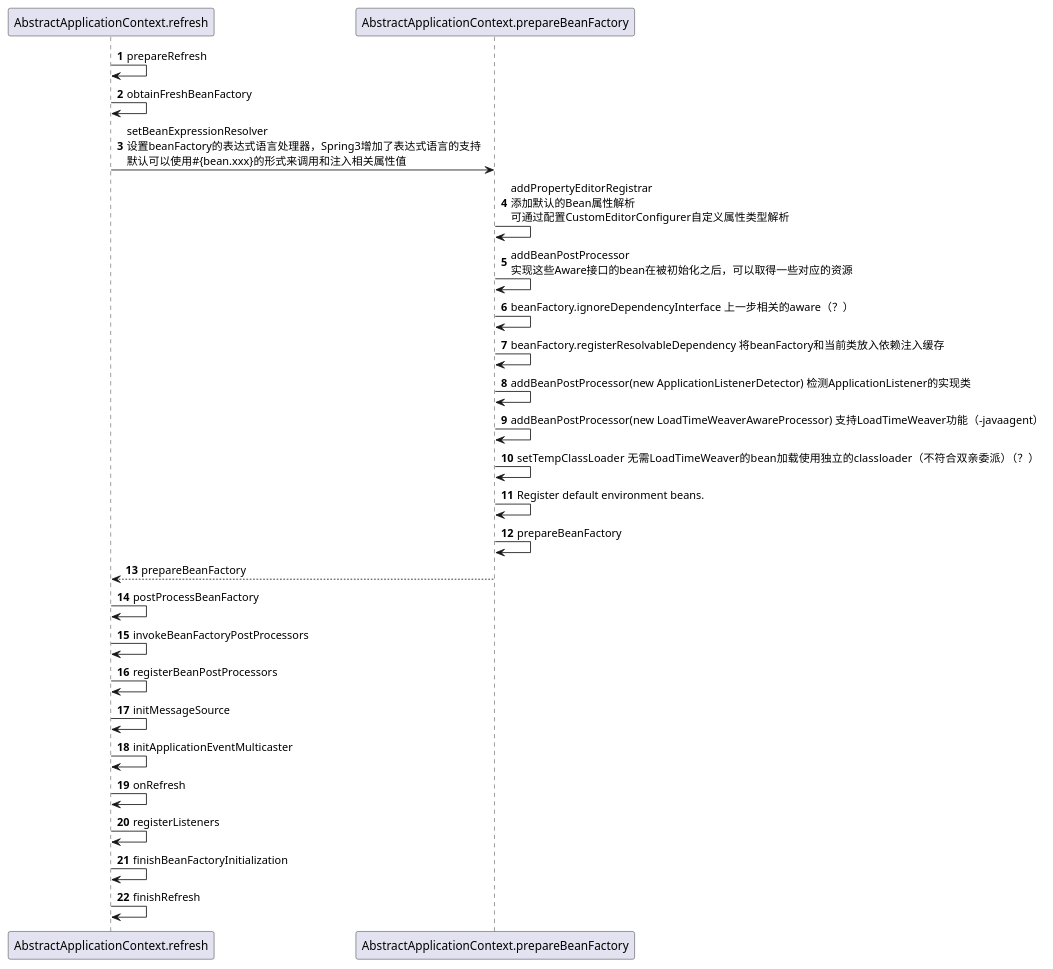
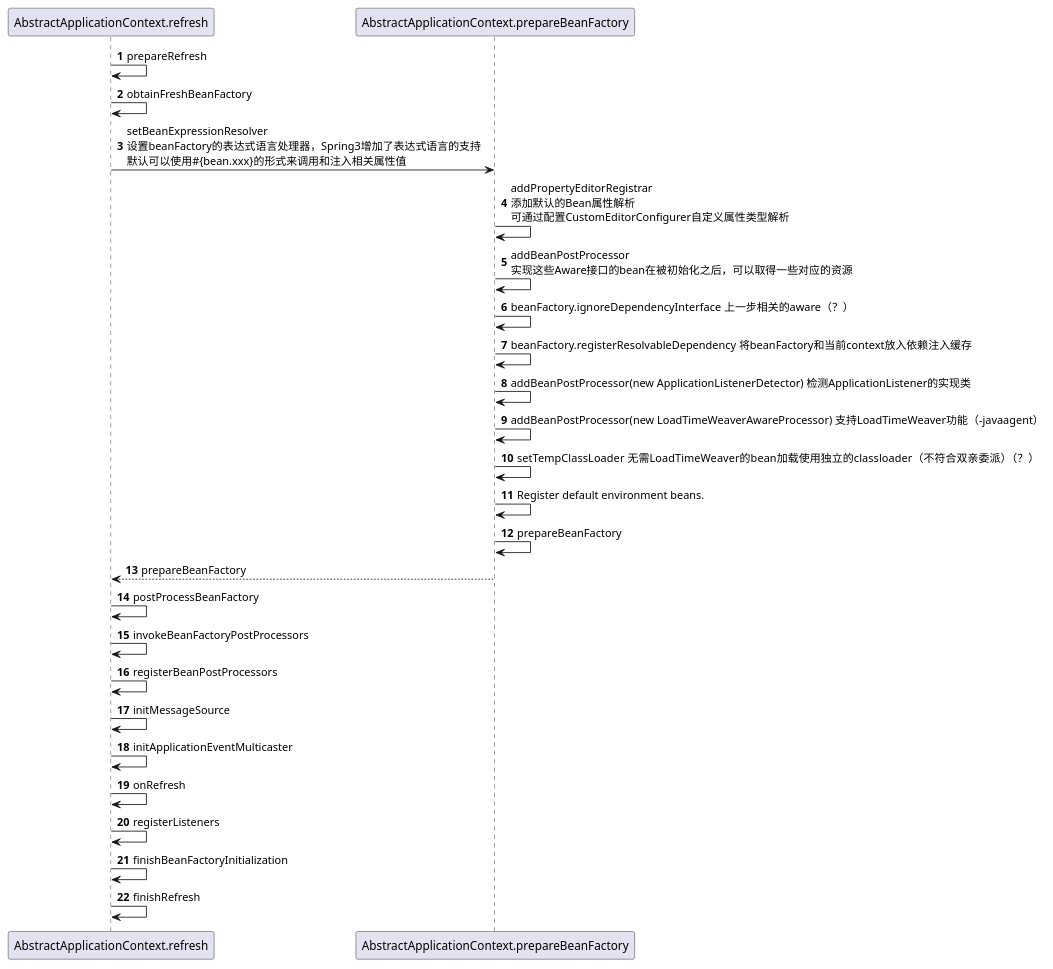
Before and after one commit to walklown/daily-code: the diagram in design/spring/Starter 3-2 Prepare BeanFactory.puml, drawn with PlantUML. The commit also changed 10 other files, not shown here.

```diff
--- a/design/spring/Starter 3-2 Prepare BeanFactory.puml
+++ b/design/spring/Starter 3-2 Prepare BeanFactory.puml
@@ -1,29 +1,29 @@
 @startuml
 'https://plantuml.com/sequence-diagram
 
 autonumber
 
 AbstractApplicationContext.refresh -> AbstractApplicationContext.refresh : prepareRefresh
 AbstractApplicationContext.refresh -> AbstractApplicationContext.refresh : obtainFreshBeanFactory
 AbstractApplicationContext.refresh -> AbstractApplicationContext.prepareBeanFactory : setBeanExpressionResolver\n设置beanFactory的表达式语言处理器，Spring3增加了表达式语言的支持\n默认可以使用#{bean.xxx}的形式来调用和注入相关属性值
 AbstractApplicationContext.prepareBeanFactory -> AbstractApplicationContext.prepareBeanFactory : addPropertyEditorRegistrar\n添加默认的Bean属性解析\n可通过配置CustomEditorConfigurer自定义属性类型解析
 AbstractApplicationContext.prepareBeanFactory -> AbstractApplicationContext.prepareBeanFactory : addBeanPostProcessor\n实现这些Aware接口的bean在被初始化之后，可以取得一些对应的资源
 AbstractApplicationContext.prepareBeanFactory -> AbstractApplicationContext.prepareBeanFactory : beanFactory.ignoreDependencyInterface 上一步相关的aware（？）
-AbstractApplicationContext.prepareBeanFactory -> AbstractApplicationContext.prepareBeanFactory : beanFactory.registerResolvableDependency 将beanFactory和当前类放入依赖注入缓存
+AbstractApplicationContext.prepareBeanFactory -> AbstractApplicationContext.prepareBeanFactory : beanFactory.registerResolvableDependency 将beanFactory和当前context放入依赖注入缓存
 AbstractApplicationContext.prepareBeanFactory -> AbstractApplicationContext.prepareBeanFactory : addBeanPostProcessor(new ApplicationListenerDetector) 检测ApplicationListener的实现类
 AbstractApplicationContext.prepareBeanFactory -> AbstractApplicationContext.prepareBeanFactory : addBeanPostProcessor(new LoadTimeWeaverAwareProcessor) 支持LoadTimeWeaver功能（-javaagent）
 AbstractApplicationContext.prepareBeanFactory -> AbstractApplicationContext.prepareBeanFactory : setTempClassLoader 无需LoadTimeWeaver的bean加载使用独立的classloader（不符合双亲委派）（？）
 AbstractApplicationContext.prepareBeanFactory -> AbstractApplicationContext.prepareBeanFactory : Register default environment beans.
 AbstractApplicationContext.prepareBeanFactory -> AbstractApplicationContext.prepareBeanFactory : prepareBeanFactory
 AbstractApplicationContext.prepareBeanFactory --> AbstractApplicationContext.refresh : prepareBeanFactory
 AbstractApplicationContext.refresh -> AbstractApplicationContext.refresh : postProcessBeanFactory
 AbstractApplicationContext.refresh -> AbstractApplicationContext.refresh : invokeBeanFactoryPostProcessors
 AbstractApplicationContext.refresh -> AbstractApplicationContext.refresh : registerBeanPostProcessors
 AbstractApplicationContext.refresh -> AbstractApplicationContext.refresh : initMessageSource
 AbstractApplicationContext.refresh -> AbstractApplicationContext.refresh : initApplicationEventMulticaster
 AbstractApplicationContext.refresh -> AbstractApplicationContext.refresh : onRefresh
 AbstractApplicationContext.refresh -> AbstractApplicationContext.refresh : registerListeners
 AbstractApplicationContext.refresh -> AbstractApplicationContext.refresh : finishBeanFactoryInitialization
 AbstractApplicationContext.refresh -> AbstractApplicationContext.refresh : finishRefresh
 
 @enduml
```
